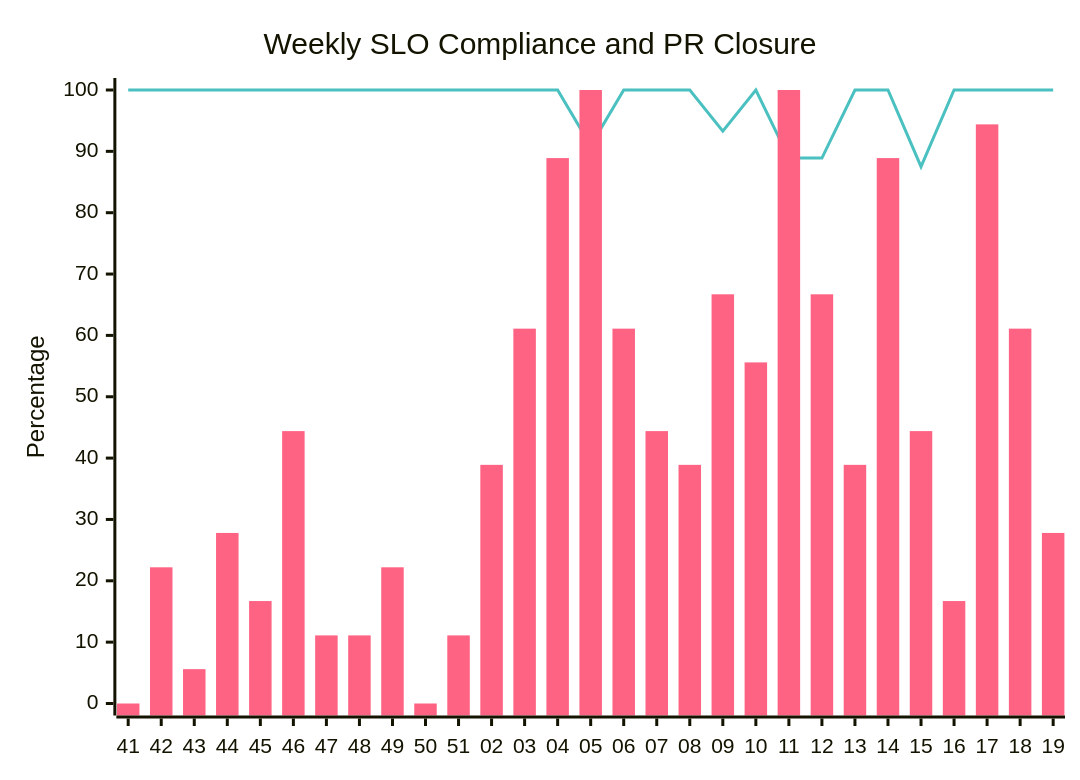
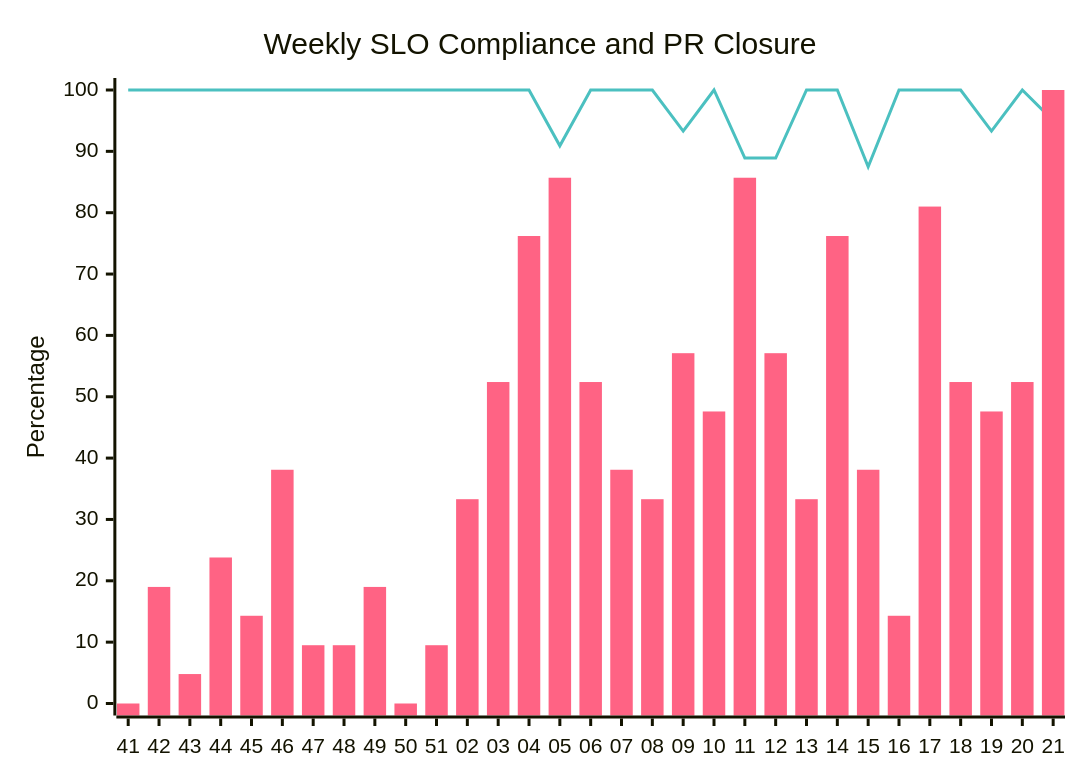
The fifth of 11 diagrams in docs/contributions.md (microsoft/edge-ai), drawn with Mermaid before and after one commit. The commit also changed other lines of this file and 2 other files, not shown here.

````diff
--- a/docs/contributions.md
+++ b/docs/contributions.md
@@ -81,9 +81,9 @@
 ``` mermaid
 %%{init: {"themeVariables": {"xyChart": {"plotColorPalette": "#4BC0C0, #FF6384"}}}}%%
 xychart-beta
     title "Weekly SLO Compliance and PR Closure"
-    x-axis ["41", "42", "43", "44", "45", "46", "47", "48", "49", "50", "51", "02", "03", "04", "05", "06", "07", "08", "09", "10", "11", "12", "13", "14", "15", "16", "17", "18", "19"]
+    x-axis ["41", "42", "43", "44", "45", "46", "47", "48", "49", "50", "51", "02", "03", "04", "05", "06", "07", "08", "09", "10", "11", "12", "13", "14", "15", "16", "17", "18", "19", "20", "21"]
     y-axis "Percentage" 0 --> 100
-    line [100, 100, 100, 100, 100, 100, 100, 100, 100, 100, 100, 100, 100, 100, 90.9, 100, 100, 100, 93.3, 100, 88.9, 88.9, 100, 100, 87.5, 100, 100, 100, 100]
-    bar [0, 22.2, 5.6, 27.8, 16.7, 44.4, 11.1, 11.1, 22.2, 0, 11.1, 38.9, 61.1, 88.9, 100, 61.1, 44.4, 38.9, 66.7, 55.6, 100, 66.7, 38.9, 88.9, 44.4, 16.7, 94.4, 61.1, 27.8]
+    line [100, 100, 100, 100, 100, 100, 100, 100, 100, 100, 100, 100, 100, 100, 90.9, 100, 100, 100, 93.3, 100, 88.9, 88.9, 100, 100, 87.5, 100, 100, 100, 93.3, 100, 95]
+    bar [0, 19, 4.8, 23.8, 14.3, 38.1, 9.5, 9.5, 19, 0, 9.5, 33.3, 52.4, 76.2, 85.7, 52.4, 38.1, 33.3, 57.1, 47.6, 85.7, 57.1, 33.3, 76.2, 38.1, 14.3, 81, 52.4, 47.6, 52.4, 100]
 ```
````
